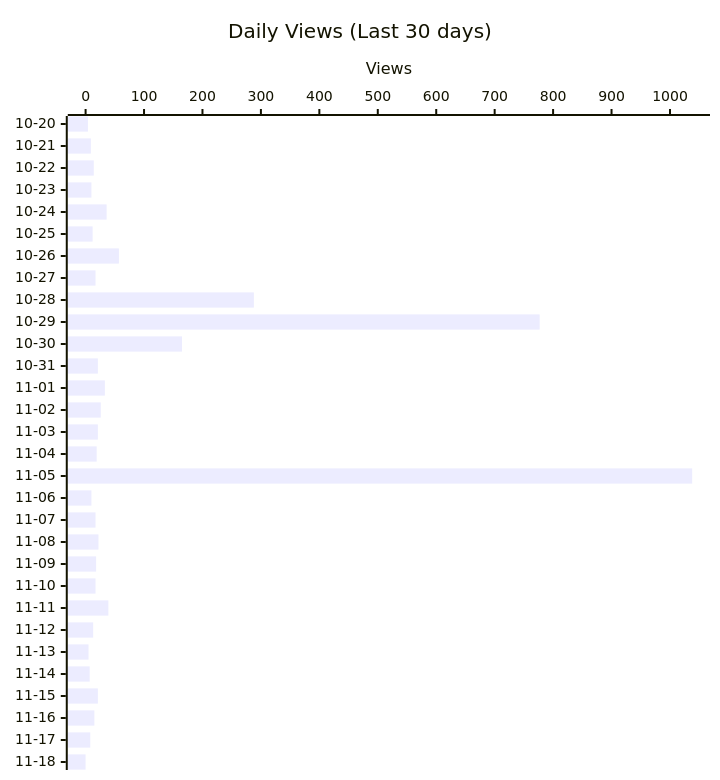
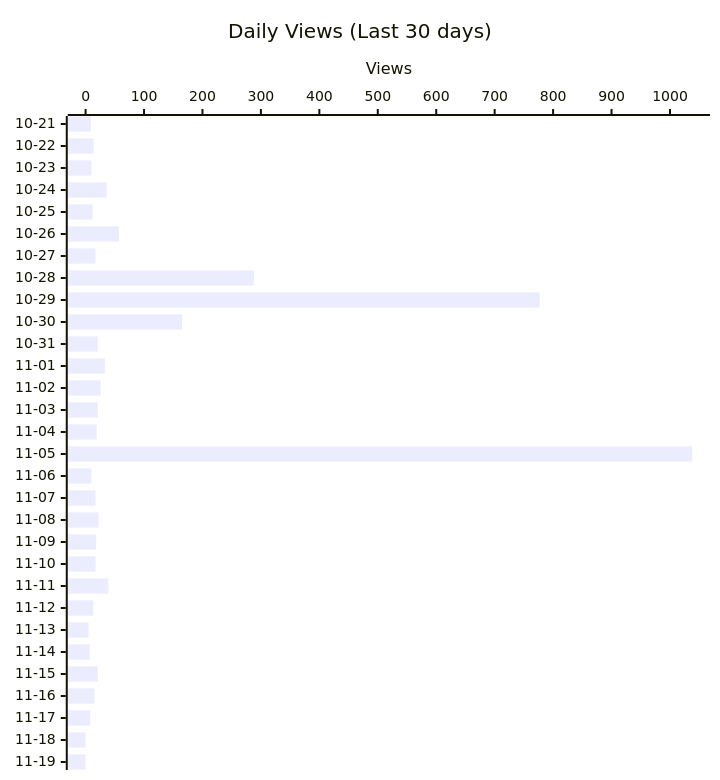
Before and after one commit to shigechika/github-insights: the second of 4 diagrams in README.md, drawn with Mermaid. The commit also changed other lines of this file and 1 other file, not shown here.

````diff
--- a/README.md
+++ b/README.md
@@ -28,12 +28,12 @@
 ```mermaid
 ---
 config:
   xyChart:
     height: 760
 ---
 xychart-beta horizontal
     title "Daily Views (Last 30 days)"
-    x-axis ["10-20", "10-21", "10-22", "10-23", "10-24", "10-25", "10-26", "10-27", "10-28", "10-29", "10-30", "10-31", "11-01", "11-02", "11-03", "11-04", "11-05", "11-06", "11-07", "11-08", "11-09", "11-10", "11-11", "11-12", "11-13", "11-14", "11-15", "11-16", "11-17", "11-18"]
+    x-axis ["10-21", "10-22", "10-23", "10-24", "10-25", "10-26", "10-27", "10-28", "10-29", "10-30", "10-31", "11-01", "11-02", "11-03", "11-04", "11-05", "11-06", "11-07", "11-08", "11-09", "11-10", "11-11", "11-12", "11-13", "11-14", "11-15", "11-16", "11-17", "11-18", "11-19"]
     y-axis "Views"
-    bar [4, 9, 14, 10, 36, 12, 57, 17, 288, 777, 165, 21, 33, 26, 21, 19, 1038, 10, 17, 22, 18, 17, 39, 13, 5, 7, 21, 15, 8, 0]
+    bar [9, 14, 10, 36, 12, 57, 17, 288, 777, 165, 21, 33, 26, 21, 19, 1038, 10, 17, 22, 18, 17, 39, 13, 5, 7, 21, 15, 8, 0, 0]
 ```
````
